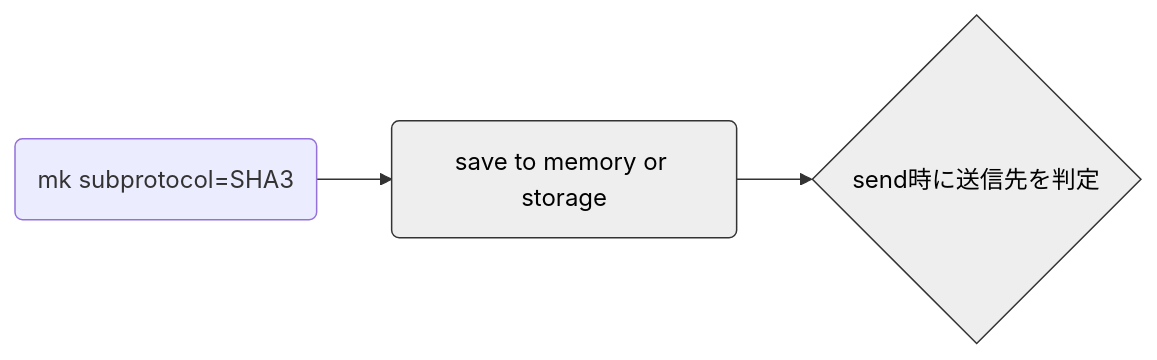
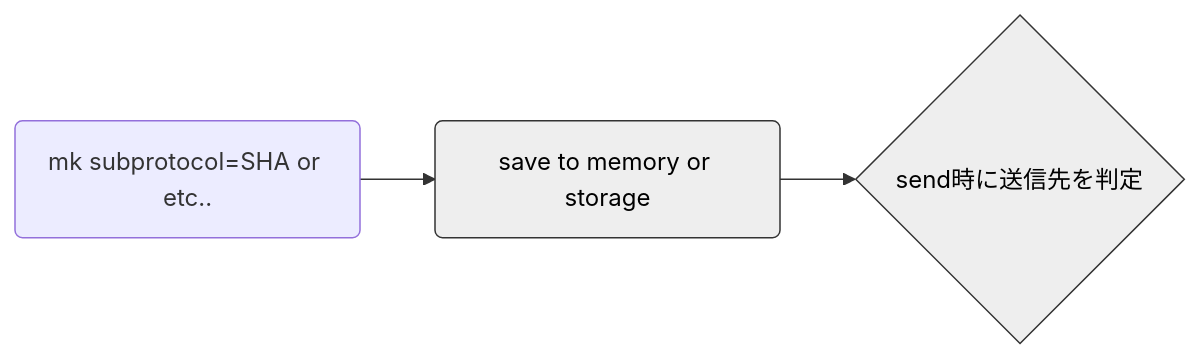
One commit to toshirot/w2w changed the third of 3 diagrams in README.md. Above: the diagram before and after it, drawn with Mermaid.

````diff
--- a/README.md
+++ b/README.md
@@ -151,14 +151,14 @@
 ```mermaid
 flowchart LR
 
 
     %%mk_id_1
-        single_type2c(mk subprotocol=SHA3) 
+        single_type2c(mk subprotocol=SHA or etc..) 
      
         single_type2s(save to memory or storage):::class_server
             single_type2c --> single_type2s
             single_type2s --> A{"send時に送信先を判定"}:::class_server
 
 classDef class_server fill:#eee,color:#000,stroke:#333
 classDef class_text fill:#fff,color:#000,stroke:#fff
 ```
````
